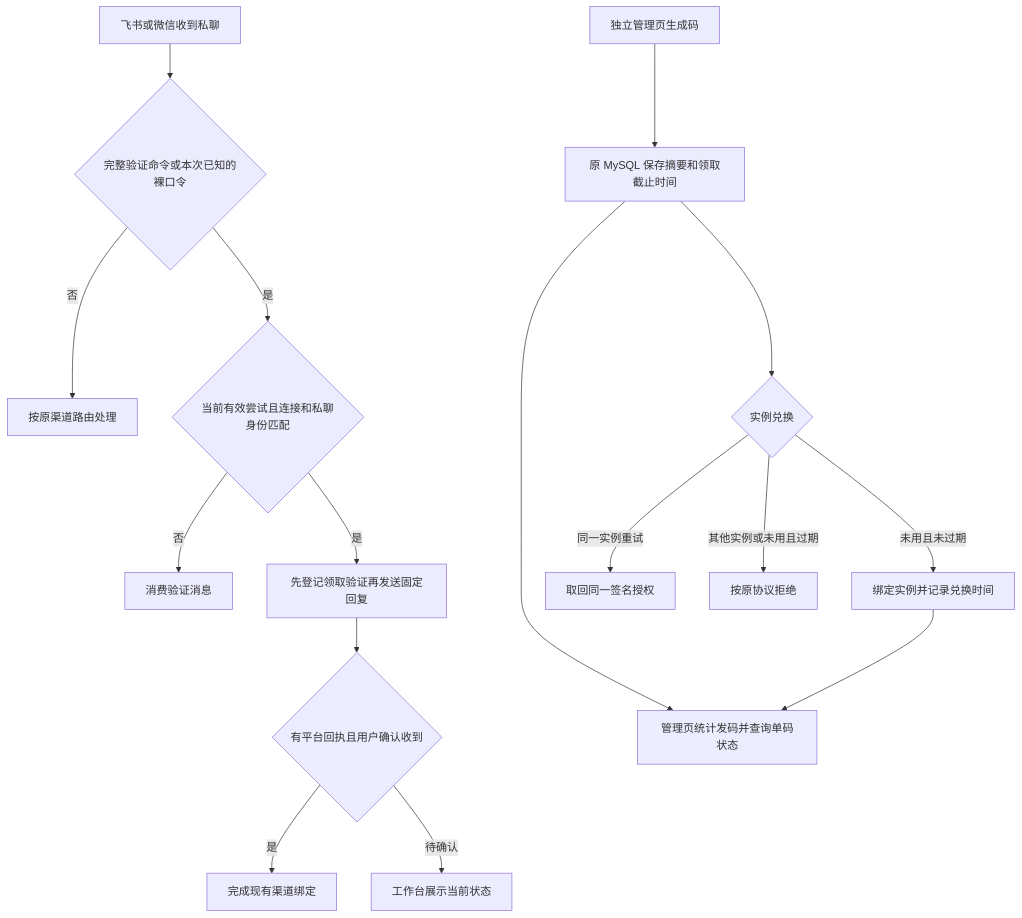
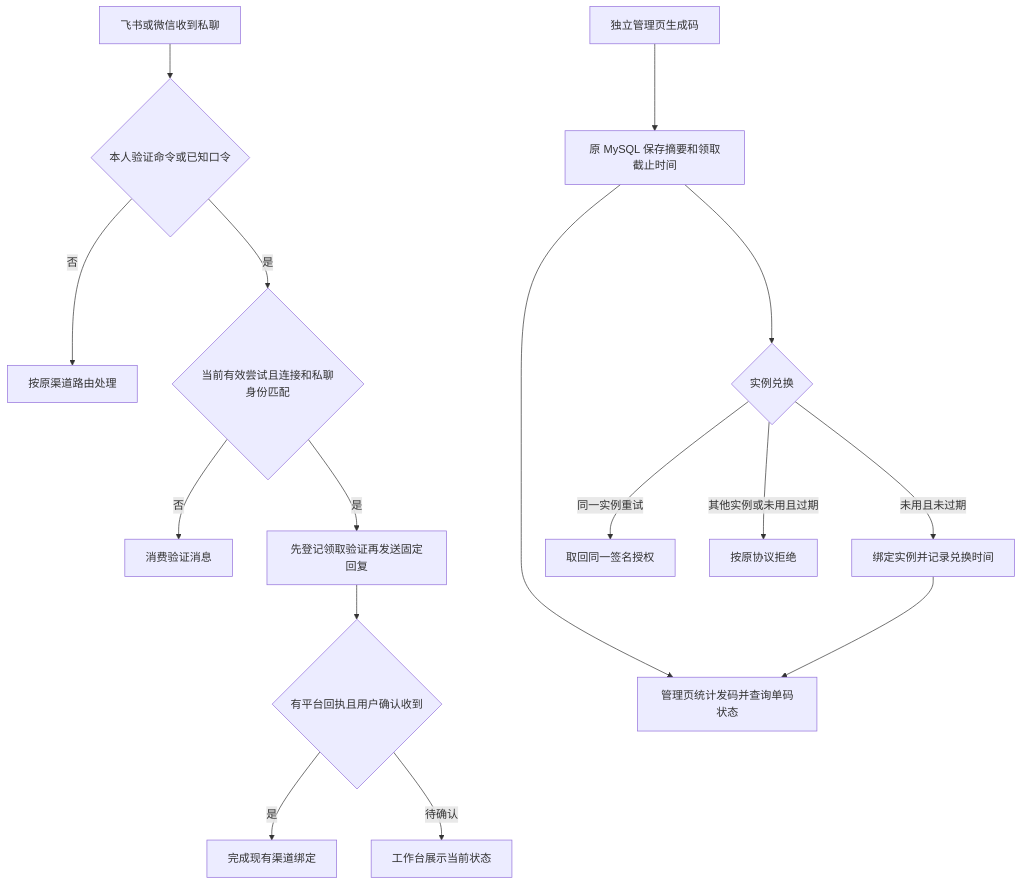
Before and after one commit to qianlan33333-png/project-workbench-classroom: the diagram in docs/plans/2026-11-12-channel-verification-activation.md, drawn with Mermaid. The commit also changed 8 other files, not shown here.

````diff
--- a/docs/plans/2026-11-12-channel-verification-activation.md
+++ b/docs/plans/2026-11-12-channel-verification-activation.md
@@ -5,18 +5,18 @@
 ```mermaid
 flowchart TD
-  A[飞书或微信收到私聊] --> B{完整验证命令或本次已知的裸口令}
+  A[飞书或微信收到私聊] --> B{本人验证命令或已知口令}
   B -->|否| C[按原渠道路由处理]
   B -->|是| D{当前有效尝试且连接和私聊身份匹配}
   D -->|否| E[消费验证消息]
   D -->|是| F[先登记领取验证再发送固定回复]
   F --> G{有平台回执且用户确认收到}
   G -->|是| H[完成现有渠道绑定]
   G -->|待确认| I[工作台展示当前状态]
   J[独立管理页生成码] --> K[原 MySQL 保存摘要和领取截止时间]
   K --> L{实例兑换}
   L -->|未用且未过期| M[绑定实例并记录兑换时间]
   L -->|同一实例重试| N[取回同一签名授权]
   L -->|其他实例或未用且过期| O[按原协议拒绝]
   K --> P[管理页统计发码并查询单码状态]
   M --> P
 ```
````
